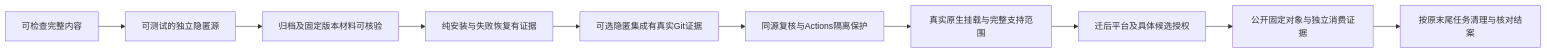
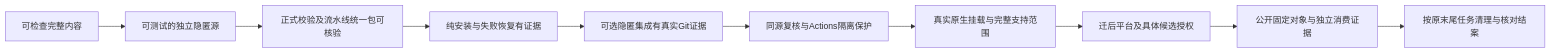
One commit to Ena-Heleneto/agent-foundry changed the second of 3 diagrams in specs/skills/001-skills-distribution/analysis/spec-analysis/flows.md. Above: the diagram before and after it, drawn with Mermaid. The commit also changed other lines of this file and 52 other files, not shown here.

````diff
--- a/specs/skills/001-skills-distribution/analysis/spec-analysis/flows.md
+++ b/specs/skills/001-skills-distribution/analysis/spec-analysis/flows.md
@@ -25,12 +25,12 @@
 ```mermaid
 flowchart LR
     A[可检查完整内容] --> B[可测试的独立隐匿源]
-    B --> C[归档及固定版本材料可核验]
+    B --> C[正式校验及流水线统一包可核验]
     C --> D[纯安装与失败恢复有证据]
     D --> E[可选隐匿集成有真实Git证据]
     E --> F[同源复核与Actions隔离保护]
     F --> G[真实原生挂载与完整支持范围]
     G --> H[迁后平台及具体候选授权]
     H --> I[公开固定对象与独立消费证据]
     I --> J[按原末尾任务清理与核对结案]
 ```
````
